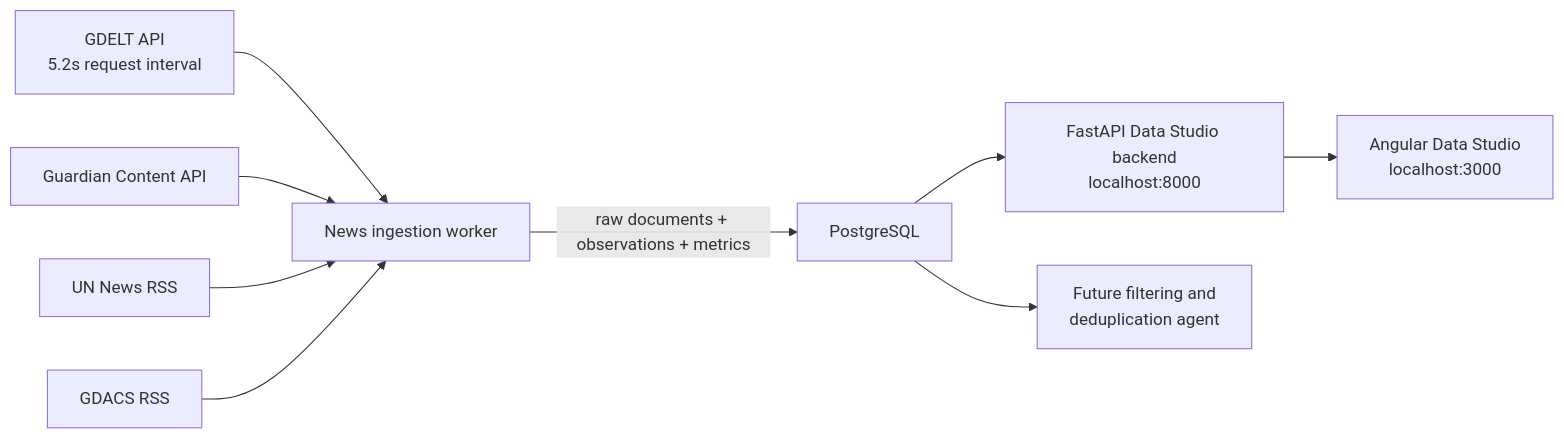
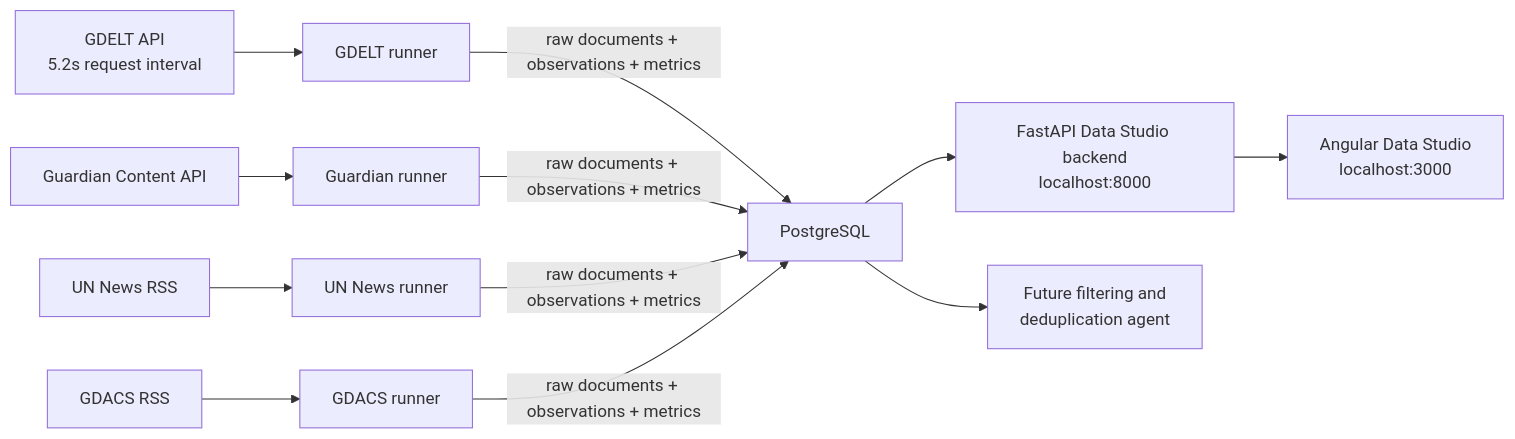
The diagram in README.md (MostafaShehata/strategic-risk-radar), drawn with Mermaid before and after one commit. The commit also changed other lines of this file and 8 other files, not shown here.

````diff
--- a/README.md
+++ b/README.md
@@ -15,11 +15,14 @@
 ```mermaid
 flowchart LR
-    G["GDELT API<br/>5.2s request interval"] --> P["News ingestion worker"]
-    R["Guardian Content API"] --> P
-    U["UN News RSS"] --> P
-    D["GDACS RSS"] --> P
-    P -->|"raw documents + observations + metrics"| DB["PostgreSQL"]
+    G["GDELT API<br/>5.2s request interval"] --> PG["GDELT runner"]
+    R["Guardian Content API"] --> PR["Guardian runner"]
+    U["UN News RSS"] --> PU["UN News runner"]
+    D["GDACS RSS"] --> PD["GDACS runner"]
+    PG -->|"raw documents + observations + metrics"| DB["PostgreSQL"]
+    PR -->|"raw documents + observations + metrics"| DB
+    PU -->|"raw documents + observations + metrics"| DB
+    PD -->|"raw documents + observations + metrics"| DB
     DB --> B["FastAPI Data Studio backend<br/>localhost:8000"]
     B --> A["Angular Data Studio<br/>localhost:3000"]
     DB --> N["Future filtering and<br/>deduplication agent"]
 ```
````
